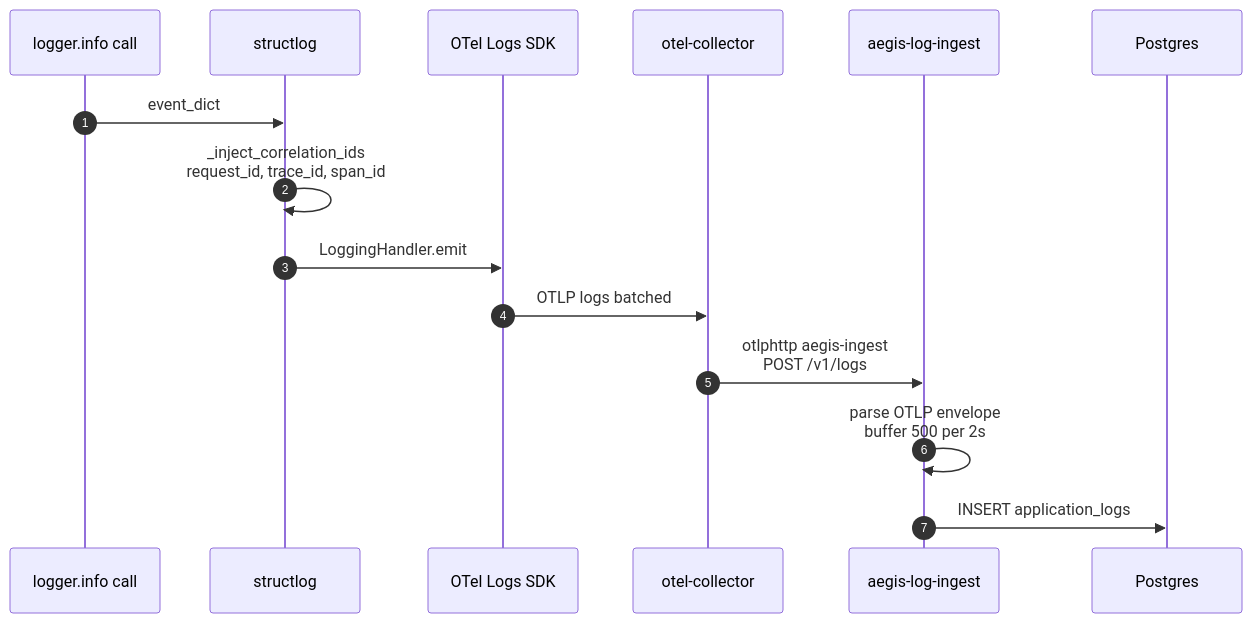
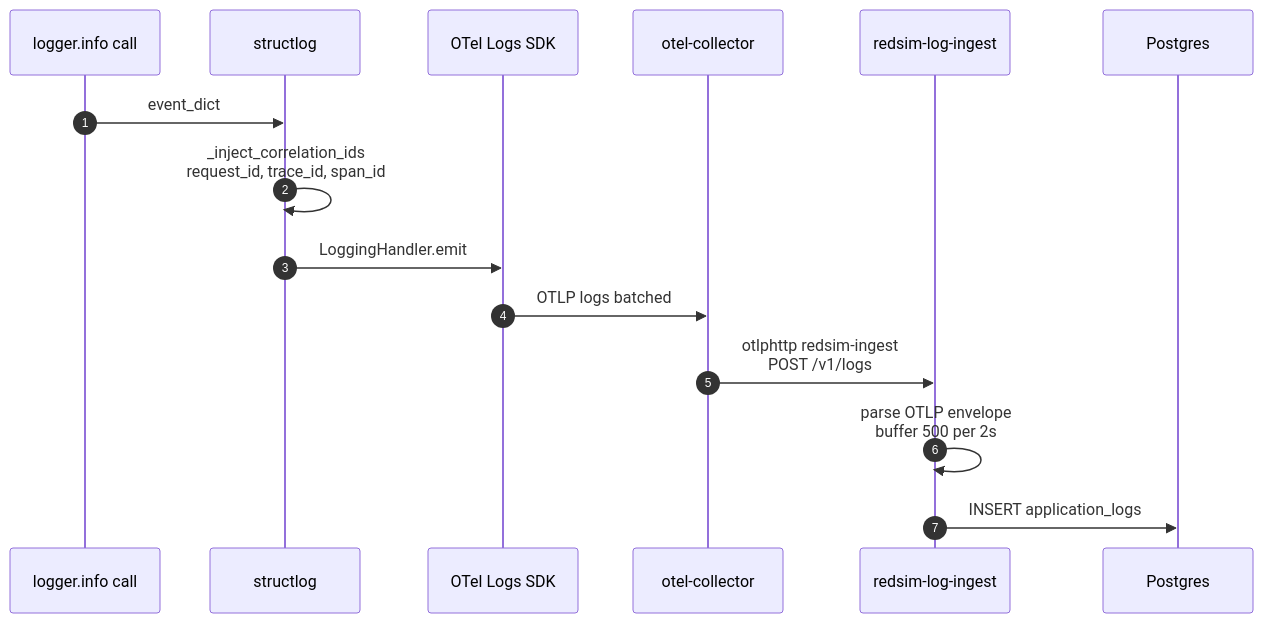
Before and after one commit to IntelliBridge/ndia-red-team-simulator: the second of 5 diagrams in docs/architecture/observability.md, drawn with Mermaid. The commit also changed other lines of this file and 27 other files, not shown here.

````diff
--- a/docs/architecture/observability.md
+++ b/docs/architecture/observability.md
@@ -73,18 +73,18 @@
 ```mermaid
 sequenceDiagram
     autonumber
     participant code as logger.info call
     participant SL as structlog
     participant OTEL as OTel Logs SDK
     participant COL as otel-collector
-    participant LI as aegis-log-ingest
+    participant LI as redsim-log-ingest
     participant PG as Postgres
 
     code->>SL: event_dict
     SL->>SL: _inject_correlation_ids<br/>request_id, trace_id, span_id
     SL->>OTEL: LoggingHandler.emit
     OTEL->>COL: OTLP logs batched
-    COL->>LI: otlphttp aegis-ingest<br/>POST /v1/logs
+    COL->>LI: otlphttp redsim-ingest<br/>POST /v1/logs
     LI->>LI: parse OTLP envelope<br/>buffer 500 per 2s
     LI->>PG: INSERT application_logs
 ```
````
